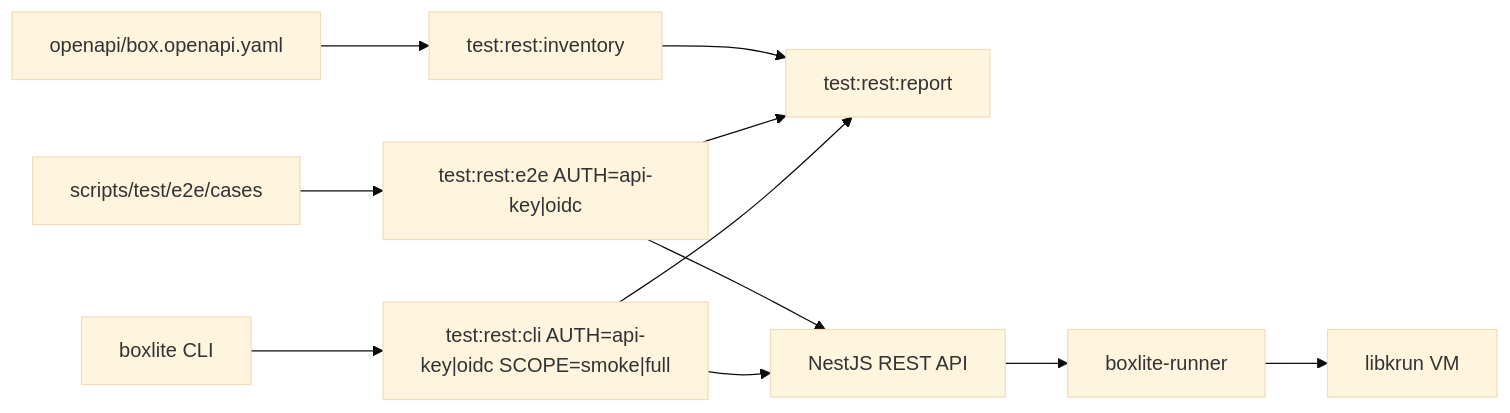
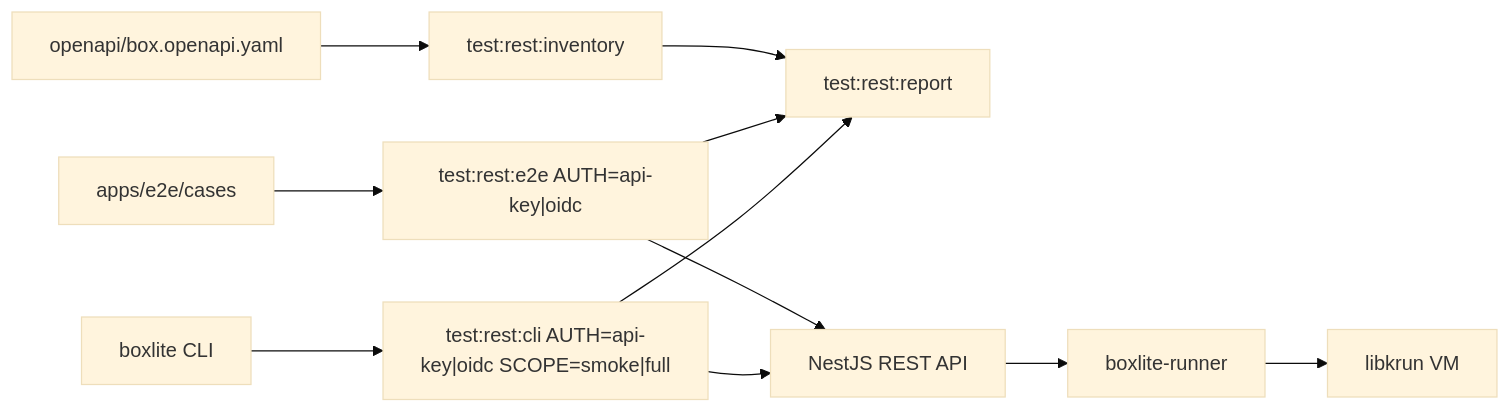
Before and after one commit to boxlite-ai/boxlite: the first of 2 diagrams in docs/testing/rest-api-e2e.md, drawn with Mermaid (base theme). The commit also changed other lines of this file and 75 other files, not shown here.

````diff
--- a/docs/testing/rest-api-e2e.md
+++ b/docs/testing/rest-api-e2e.md
@@ -9,13 +9,13 @@
 ```mermaid
 flowchart LR
   OpenAPI["openapi/box.openapi.yaml"] --> Inventory["test:rest:inventory"]
-  Pytest["scripts/test/e2e/cases"] --> E2E["test:rest:e2e AUTH=api-key|oidc"]
+  Pytest["apps/e2e/cases"] --> E2E["test:rest:e2e AUTH=api-key|oidc"]
   CLI["boxlite CLI"] --> Matrix["test:rest:cli AUTH=api-key|oidc SCOPE=smoke|full"]
   Inventory --> Report["test:rest:report"]
   E2E --> Report
   Matrix --> Report
   E2E --> API["NestJS REST API"]
   Matrix --> API
   API --> Runner["boxlite-runner"]
   Runner --> VM["libkrun VM"]
 ```
````
